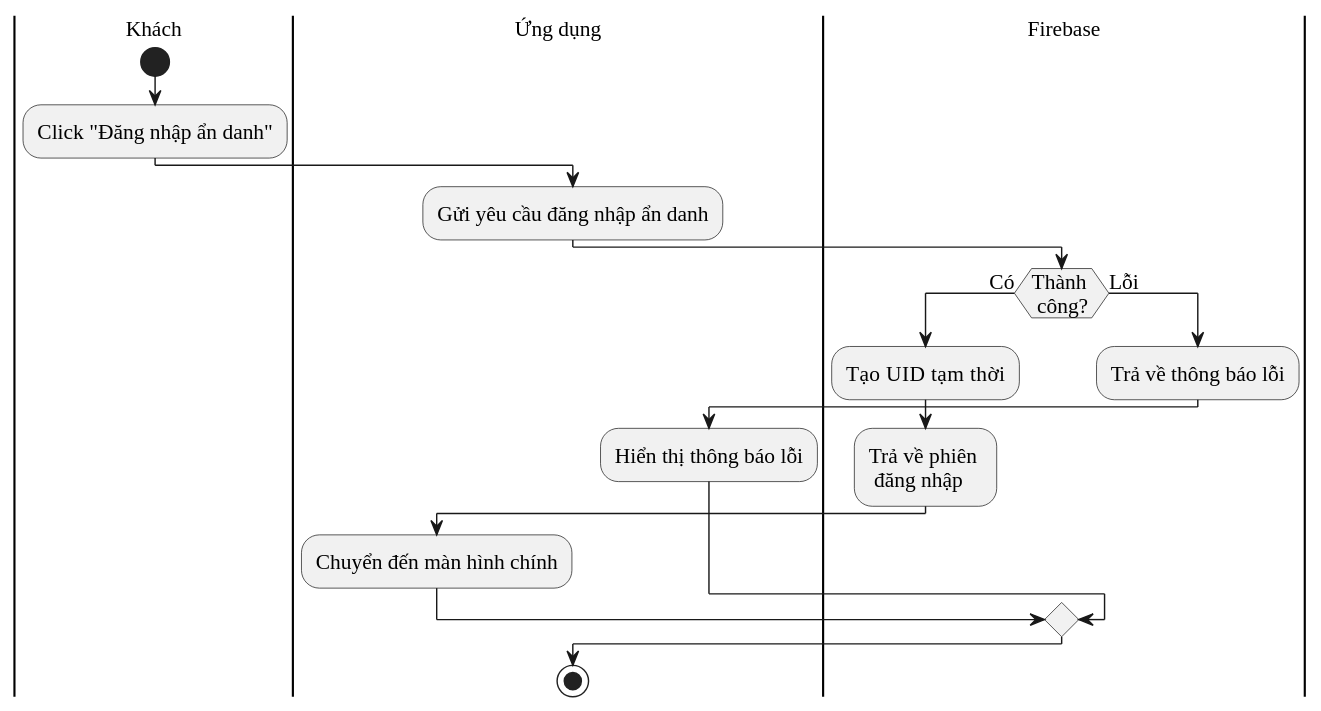
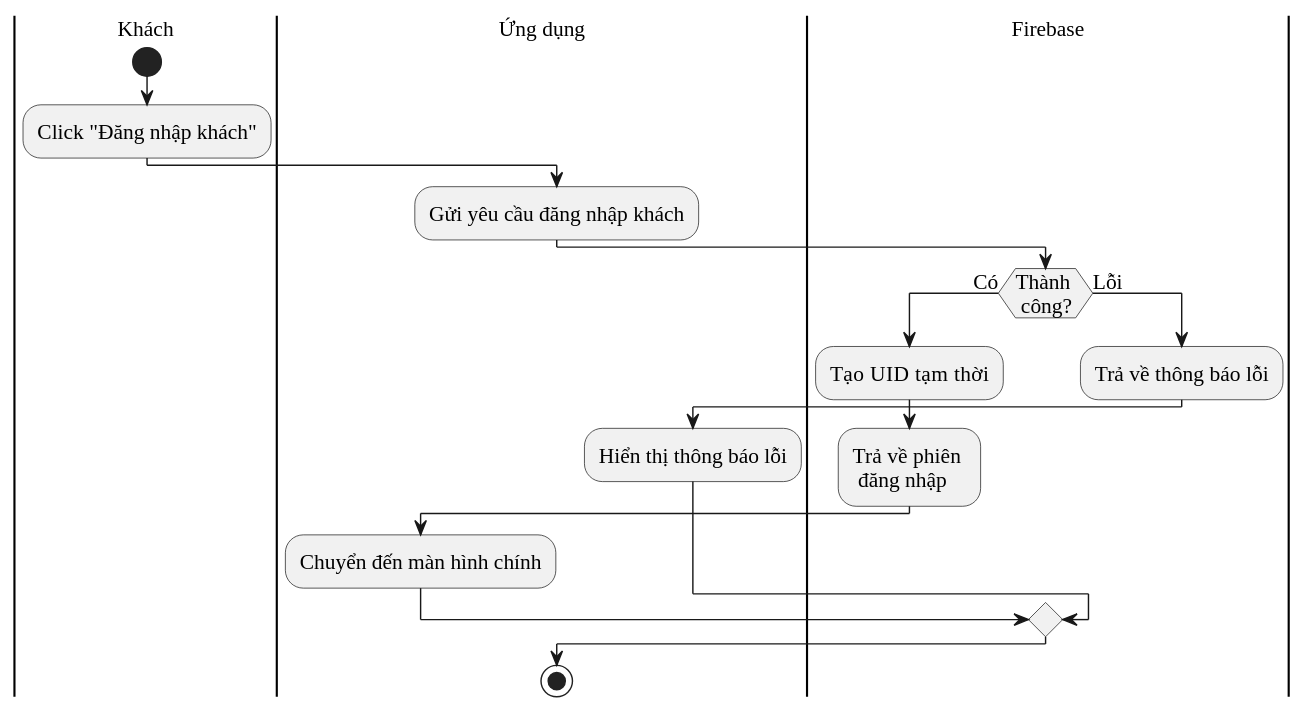
The diagram in diagram/anonymous_sign_in.puml (thecodinglife320/CookGood), drawn with PlantUML before and after one commit. The commit also changed 66 other files, not shown here.

```diff
--- a/diagram/anonymous_sign_in.puml
+++ b/diagram/anonymous_sign_in.puml
@@ -1,24 +1,24 @@
 @startuml
 skinparam DefaultFontName "Liberation Serif"
 skinparam DefaultFontSize 15
 
 |Khách|
 start
-:Click "Đăng nhập ẩn danh";
+:Click "Đăng nhập khách";
 |Ứng dụng|
-:Gửi yêu cầu đăng nhập ẩn danh;
+:Gửi yêu cầu đăng nhập khách;
 |Firebase|
 if (Thành \n công?) then (Có)
   :Tạo UID  tạm thời;
   :Trả về phiên \n đăng nhập;
   |Ứng dụng|
   :Chuyển đến màn hình chính;
 else (Lỗi)
   |Firebase|
   :Trả về thông báo lỗi;
   |Ứng dụng|
   :Hiển thị thông báo lỗi;
 endif
 
 stop
 @enduml
```
